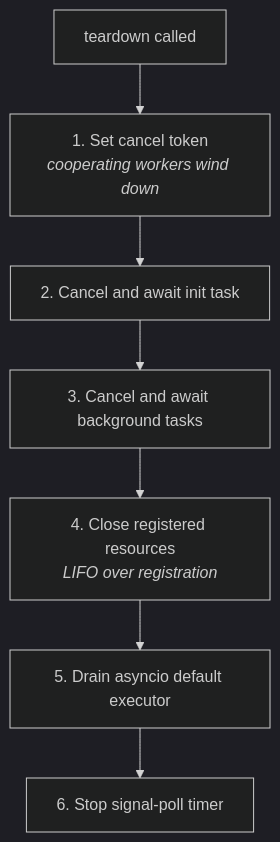
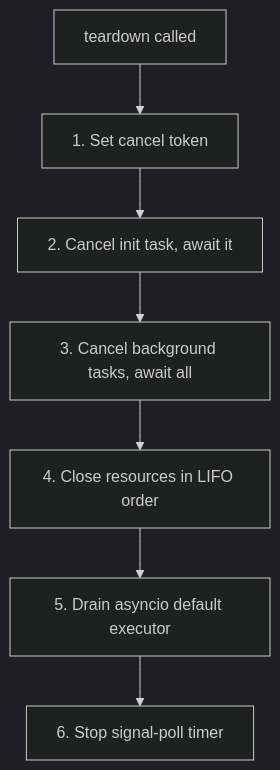
Before and after one commit to rick12000/vocalance: the diagram in docs/developer/foundations/lifecycle.rst, drawn with Mermaid (dark theme). The commit also changed other lines of this file and 30 other files, not shown here.

```diff
--- a/docs/developer/foundations/lifecycle.rst
+++ b/docs/developer/foundations/lifecycle.rst
@@ -116,9 +133,9 @@
 .. mermaid::
 
    flowchart TD
-       T0[teardown called] --> T1[1. Set cancel token<br/><i>cooperating workers wind down</i>]
-       T1 --> T2[2. Cancel and await init task]
-       T2 --> T3[3. Cancel and await background tasks]
-       T3 --> T4[4. Close registered resources<br/><i>LIFO over registration</i>]
+       T0[teardown called] --> T1[1. Set cancel token]
+       T1 --> T2[2. Cancel init task, await it]
+       T2 --> T3[3. Cancel background tasks, await all]
+       T3 --> T4[4. Close resources in LIFO order]
        T4 --> T5[5. Drain asyncio default executor]
        T5 --> T6[6. Stop signal-poll timer]
```
